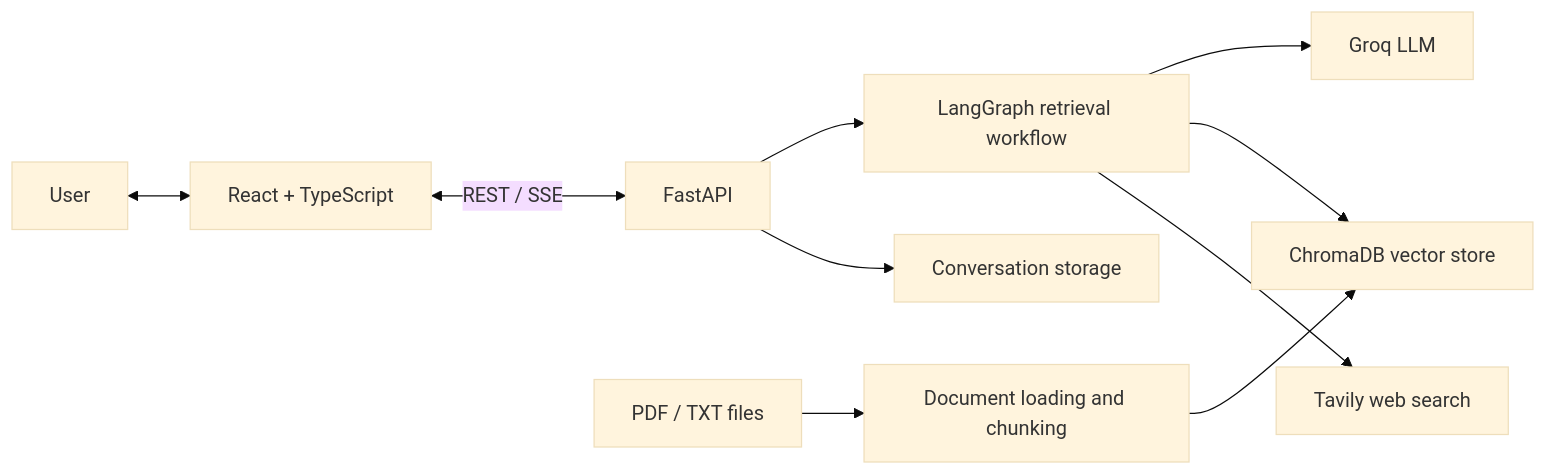
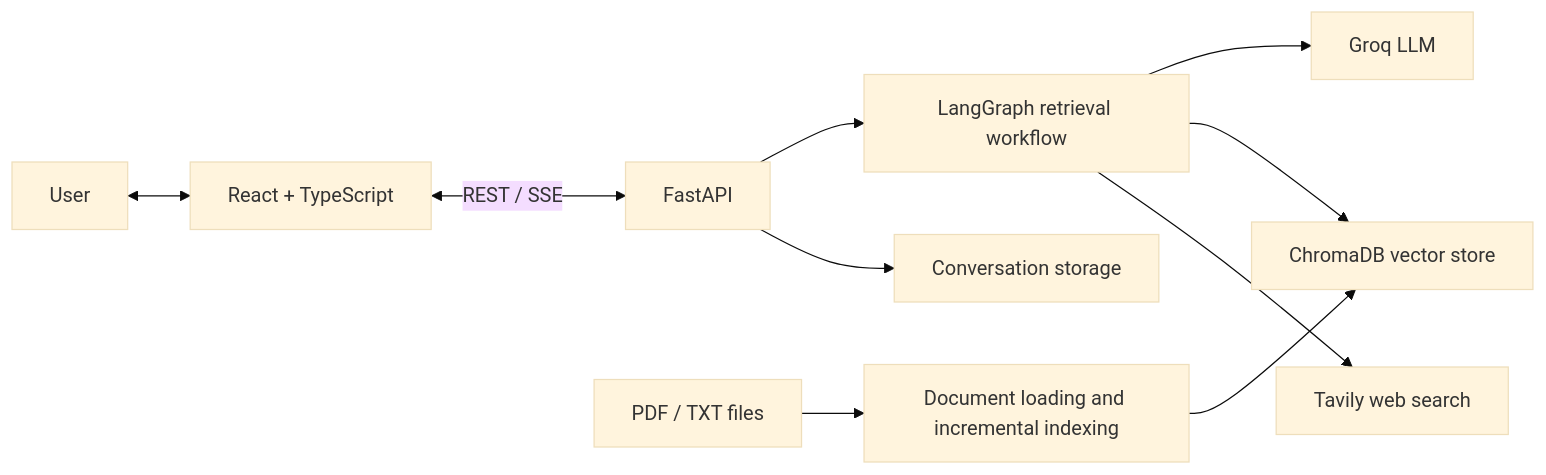
The diagram in README.md (faaizhamid07/Knowra-RAG-Chatbot-with-Dynamic-Retrieval), drawn with Mermaid (base theme) before and after one commit. The commit also changed other lines of this file, not shown here.

````diff
--- a/README.md
+++ b/README.md
@@ -69,12 +73,12 @@
 ```mermaid
 flowchart LR
     U[User] <--> UI[React + TypeScript]
     UI <-->|REST / SSE| API[FastAPI]
     API --> G[LangGraph retrieval workflow]
     G --> L[Groq LLM]
     G --> V[ChromaDB vector store]
     G --> W[Tavily web search]
-    D[PDF / TXT files] --> I[Document loading and chunking]
+    D[PDF / TXT files] --> I[Document loading and incremental indexing]
     I --> V
     API --> C[Conversation storage]
 ```
````
